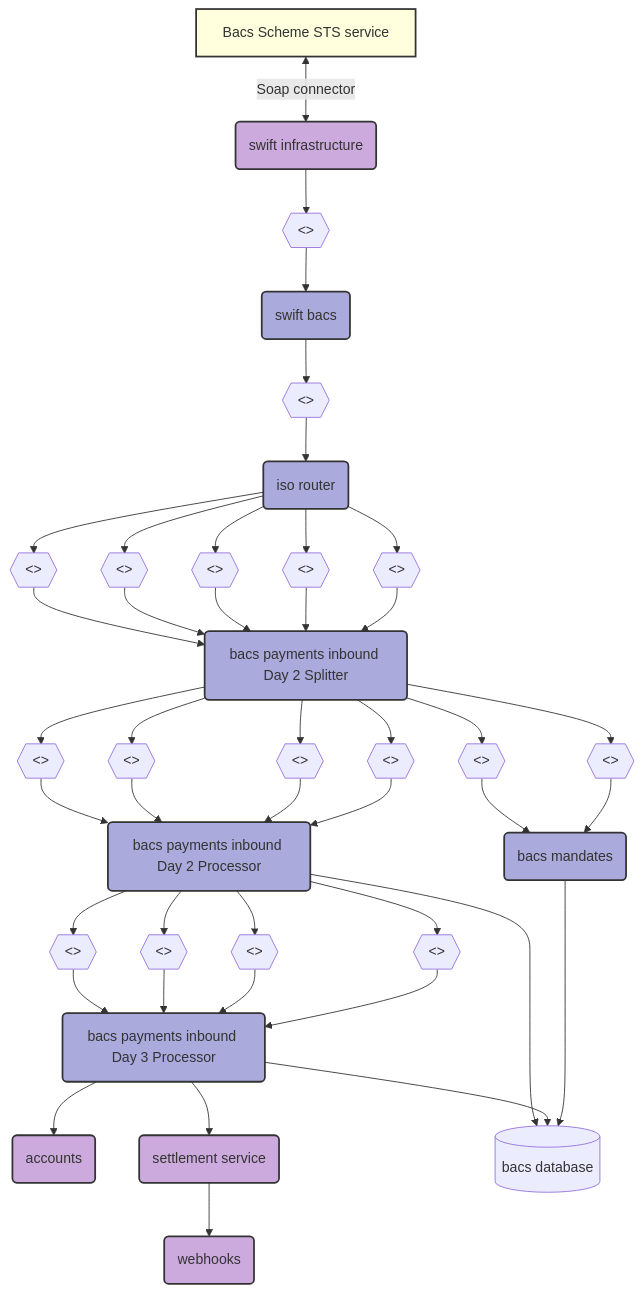
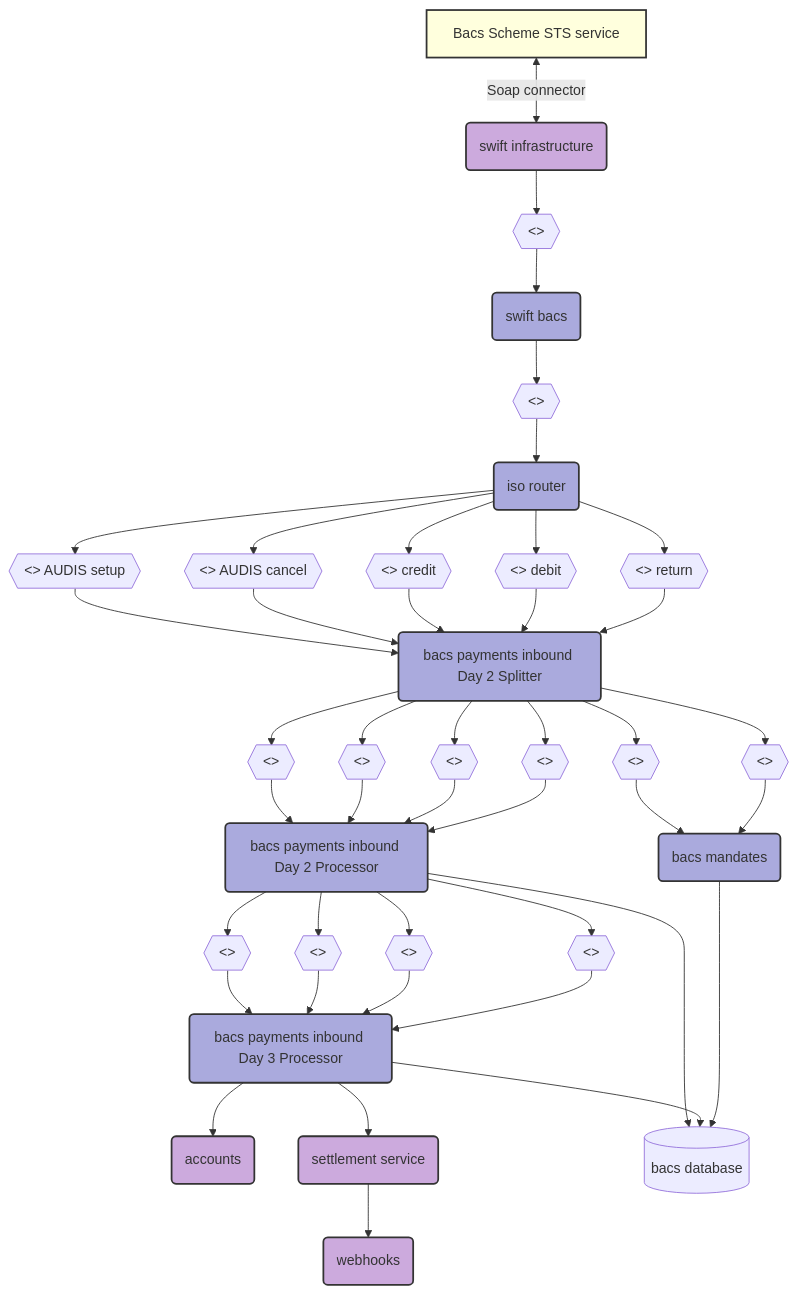
One commit to andrewjpoole/livedocs changed the first of 2 diagrams in ResourceDocumentations/bacs.md. Above: the diagram before and after it, drawn with Mermaid.

```diff
--- a/ResourceDocumentations/bacs.md
+++ b/ResourceDocumentations/bacs.md
@@ -45,15 +45,15 @@
     %%click q3 "https://portal.azure.com/#@cbinfrastructure.com/resource/subscriptions/0df249d7-9fde-4cd0-a580-9bf84a4406a4/resourceGroups/cbuk-core-testnarwhal-servicebus-uksouth/providers/Microsoft.ServiceBus/namespaces/cbuk-core-testnarwhal-servicebus-uksouth/queues/bacs-outbound-batched-messages/overview" _blank;
     %%q4{{<<swift-send-message-request-queue>>}}
     %%click q4 "https://portal.azure.com/#@cbinfrastructure.com/resource/subscriptions/0df249d7-9fde-4cd0-a580-9bf84a4406a4/resourceGroups/cbuk-core-testnarwhal-servicebus-uksouth/providers/Microsoft.ServiceBus/namespaces/cbuk-core-testnarwhal-servicebus-uksouth/queues/swift-send-message-request-queue" _blank;
-    q10{{<<inbound-bacs-pain009 AUDIS setup>>}}
+    q10{{<<inbound-bacs-pain009>> AUDIS setup}}
     click q10 "https://portal.azure.com/#@cbinfrastructure.com/resource/subscriptions/0df249d7-9fde-4cd0-a580-9bf84a4406a4/resourceGroups/cbuk-core-testnarwhal-servicebus-uksouth/providers/Microsoft.ServiceBus/namespaces/cbuk-core-testnarwhal-servicebus-uksouth/queues/inbound-bacs-pain009" _blank;
-    q11{{<<inbound-bacs-pain011 AUDIS cancel>>}}
+    q11{{<<inbound-bacs-pain011>> AUDIS cancel}}
     click q11 "https://portal.azure.com/#@cbinfrastructure.com/resource/subscriptions/0df249d7-9fde-4cd0-a580-9bf84a4406a4/resourceGroups/cbuk-core-testnarwhal-servicebus-uksouth/providers/Microsoft.ServiceBus/namespaces/cbuk-core-testnarwhal-servicebus-uksouth/queues/inbound-bacs-pain011" _blank;
-    q12{{<<inbound-bacs-pacs008 credit>>}}
+    q12{{<<inbound-bacs-pacs008>> credit}}
     click q12 "https://portal.azure.com/#@cbinfrastructure.com/resource/subscriptions/0df249d7-9fde-4cd0-a580-9bf84a4406a4/resourceGroups/cbuk-core-testnarwhal-servicebus-uksouth/providers/Microsoft.ServiceBus/namespaces/cbuk-core-testnarwhal-servicebus-uksouth/queues/inbound-bacs-pacs008" _blank;
-    q13{{<<inbound-bacs-pacs003 debit setup>>}}
+    q13{{<<inbound-bacs-pacs003>> debit}}
     click q13 "https://portal.azure.com/#@cbinfrastructure.com/resource/subscriptions/0df249d7-9fde-4cd0-a580-9bf84a4406a4/resourceGroups/cbuk-core-testnarwhal-servicebus-uksouth/providers/Microsoft.ServiceBus/namespaces/cbuk-core-testnarwhal-servicebus-uksouth/queues/inbound-bacs-pacs003" _blank;
-    q14{{<<inbound-bacs-pacs-004 return setup>>}}
+    q14{{<<inbound-bacs-pacs-004>> return}}
     click q14 "https://portal.azure.com/#@cbinfrastructure.com/resource/subscriptions/0df249d7-9fde-4cd0-a580-9bf84a4406a4/resourceGroups/cbuk-core-testnarwhal-servicebus-uksouth/providers/Microsoft.ServiceBus/namespaces/cbuk-core-testnarwhal-servicebus-uksouth/queues/inbound-bacs-pacs004" _blank;
     
     q20{{<<bacs-split-direct-credit>>}}
```
